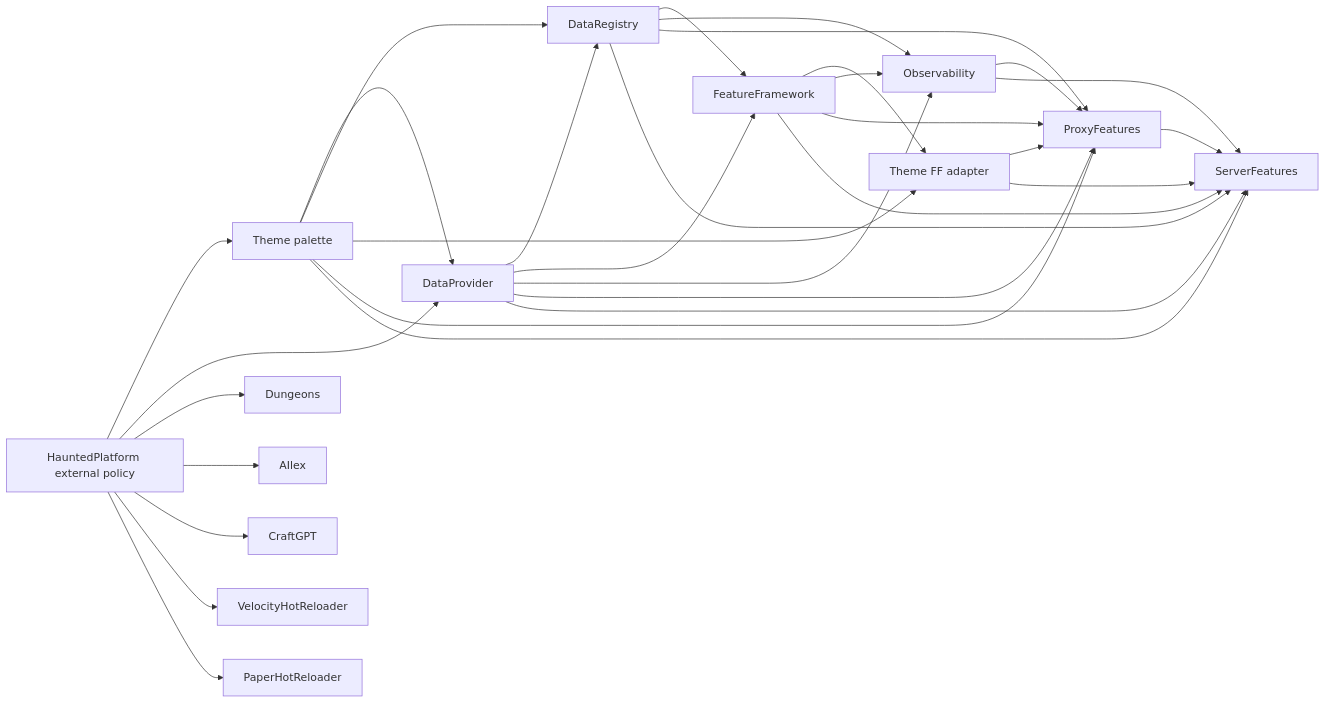
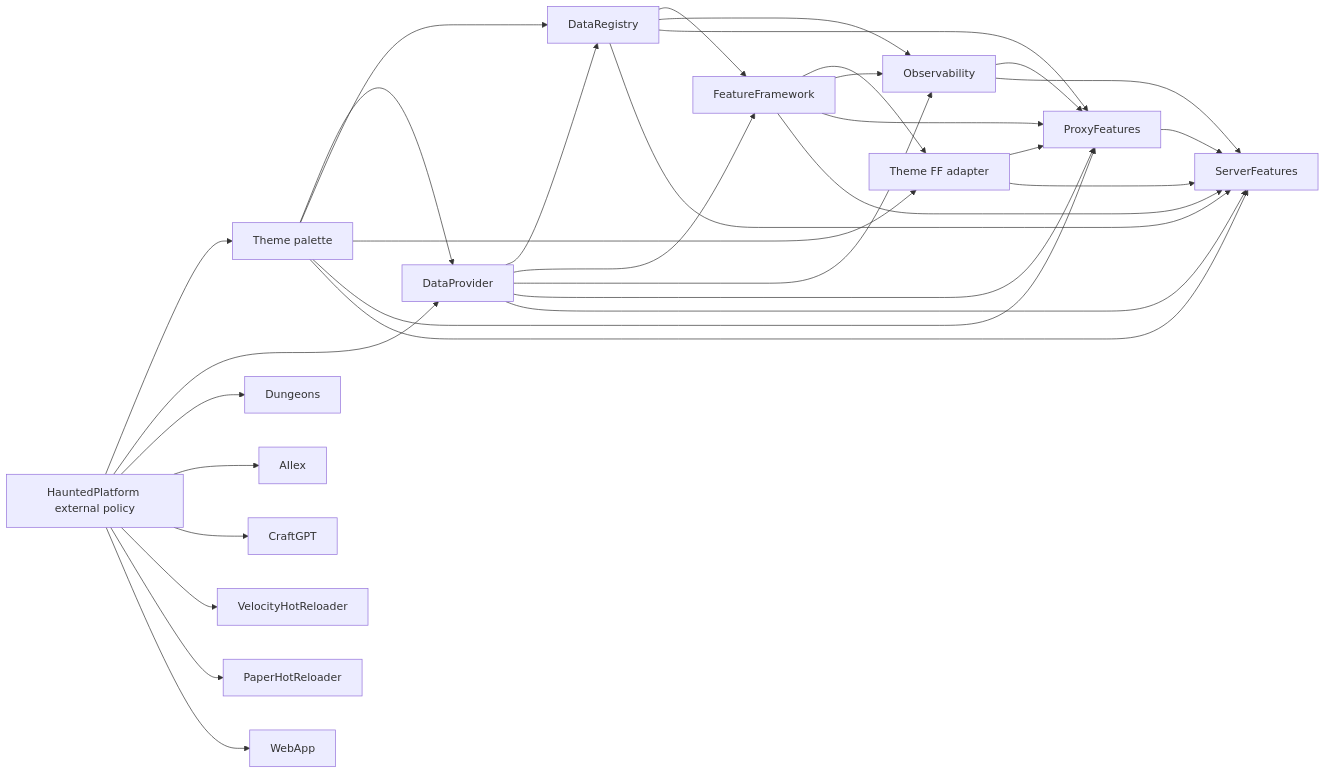
Before and after one commit to HauntedMC/HauntedPlatform: the diagram in docs/releasing.md, drawn with Mermaid. The commit also changed other lines of this file and 3 other files, not shown here.

Commit message:
build: reconcile WebApp parent updates locally (#34)

````diff
--- a/docs/releasing.md
+++ b/docs/releasing.md
@@ -18,33 +18,34 @@
 ```mermaid
 flowchart LR
   Platform[HauntedPlatform external policy] --> Palette[Theme palette]
   Platform --> DP[DataProvider]
   Palette --> DP
   Palette --> DR[DataRegistry]
   DP --> DR
   DP --> FF[FeatureFramework]
   DR --> FF
   FF --> Adapter[Theme FF adapter]
   Palette --> Adapter
   DP --> Obs[Observability]
   DR --> Obs
   FF --> Obs
   DP --> Proxy[ProxyFeatures]
   DR --> Proxy
   FF --> Proxy
   Palette --> Proxy
   Adapter --> Proxy
   Obs --> Proxy
   Proxy --> Server[ServerFeatures]
   DP --> Server
   DR --> Server
   FF --> Server
   Palette --> Server
   Adapter --> Server
   Obs --> Server
   Platform --> Dungeons[Dungeons]
   Platform --> AIlex[AIlex]
   Platform --> CraftGPT[CraftGPT]
   Platform --> VHR[VelocityHotReloader]
   Platform --> PHR[PaperHotReloader]
+  Platform --> WebApp[WebApp]
 ```
````
